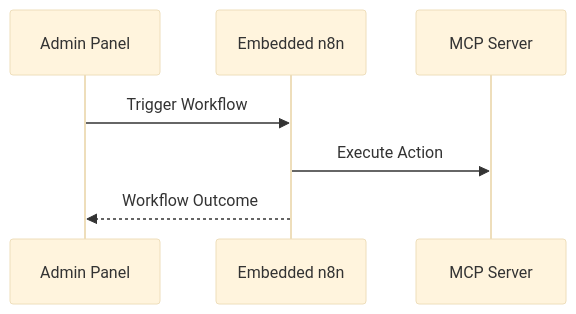
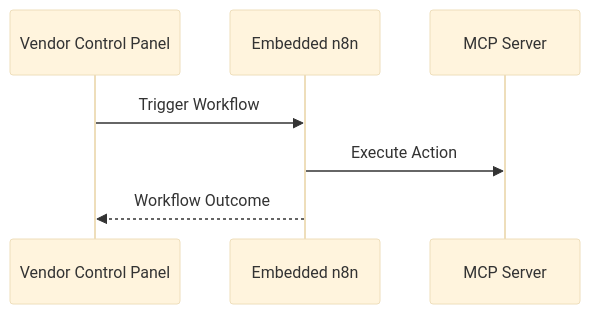
The fourth of 4 diagrams in docs/arc42/06_runtime_view.md (Sentra-Brain/sentra-platform), drawn with Mermaid (base theme) before and after one commit. The commit also changed other lines of this file and 4 other files, not shown here.

Commit message:
docs(arc42): enhance architecture documentation with Vendor Control Panel details and update workflow scenarios

````diff
--- a/docs/arc42/06_runtime_view.md
+++ b/docs/arc42/06_runtime_view.md
@@ -162,11 +162,11 @@
 ```mermaid
 sequenceDiagram
-    participant Admin as Admin Panel
+    participant Vendor as Vendor Control Panel
     participant n8n as Embedded n8n
     participant MCP as MCP Server
 
-    Admin->>n8n: Trigger Workflow
+    Vendor->>n8n: Trigger Workflow
     n8n->>MCP: Execute Action
-    n8n-->>Admin: Workflow Outcome
+    n8n-->>Vendor: Workflow Outcome
 
 ```
````
